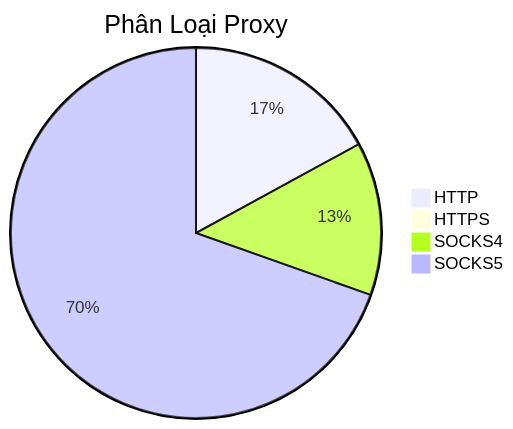
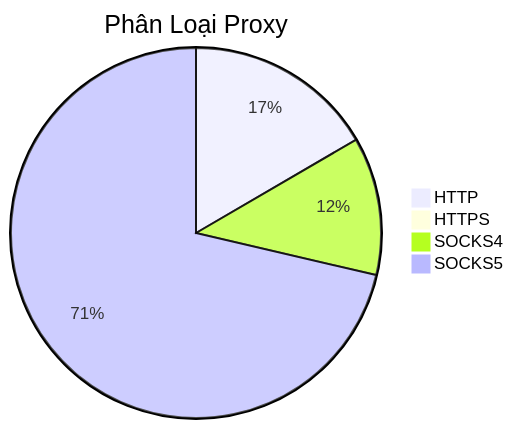
The diagram in README.md (Ciara-Aa/PROXY-free), drawn with Mermaid before and after one commit. The commit also changed other lines of this file and 4 other files, not shown here.

````diff
--- a/README.md
+++ b/README.md
@@ -26,7 +26,7 @@
 ```mermaid
 pie title Phân Loại Proxy
-    "HTTP" : 342
-    "HTTPS" : 2
-    "SOCKS4" : 268
-    "SOCKS5" : 1395
+    "HTTP" : 416
+    "HTTPS" : 1
+    "SOCKS4" : 302
+    "SOCKS5" : 1788
 ```
````
